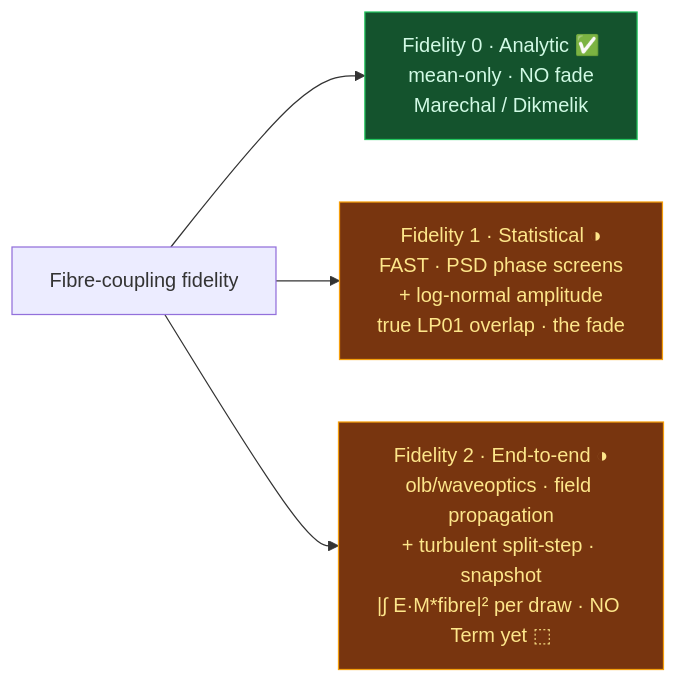
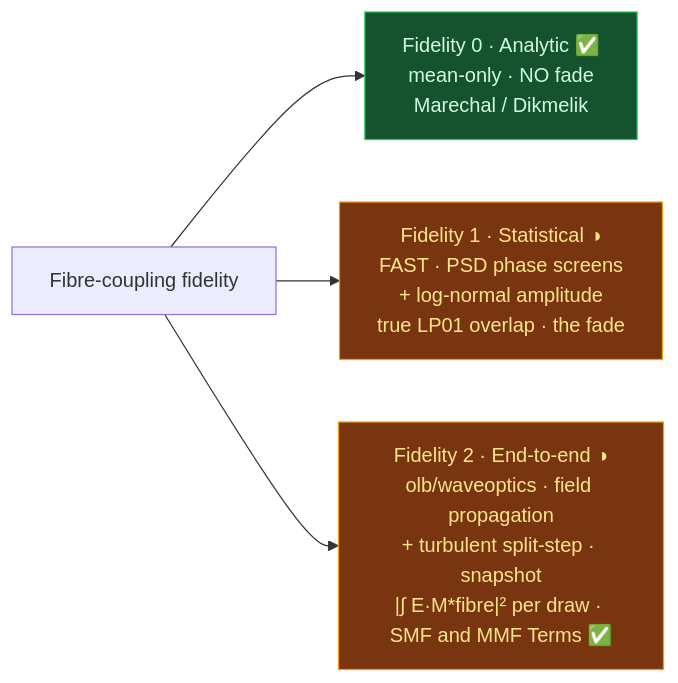
One commit to bigfraw/optical_link_budget changed the third of 4 diagrams in README.md. Above: the diagram before and after it, drawn with Mermaid. The commit also changed other lines of this file and 23 other files, not shown here.

````diff
--- a/README.md
+++ b/README.md
@@ -222,11 +228,11 @@
 ```mermaid
 flowchart LR
   FL["Fibre-coupling fidelity"]
   FL --> F0["Fidelity 0 · Analytic ✅<br/>mean-only · NO fade<br/>Marechal / Dikmelik"]:::done
   FL --> F1["Fidelity 1 · Statistical ◑<br/>FAST · PSD phase screens<br/>+ log-normal amplitude<br/>true LP01 overlap · the fade"]:::partial
-  FL --> F2["Fidelity 2 · End-to-end ◑<br/>olb/waveoptics · field propagation<br/>+ turbulent split-step · snapshot<br/>|∫ E·M*fibre|² per draw · NO Term yet ⬚"]:::partial
+  FL --> F2["Fidelity 2 · End-to-end ◑<br/>olb/waveoptics · field propagation<br/>+ turbulent split-step · snapshot<br/>|∫ E·M*fibre|² per draw · SMF and MMF Terms ✅"]:::partial
 
   classDef done fill:#14532d,color:#d1fae5,stroke:#22c55e;
   classDef partial fill:#78350f,color:#fde68a,stroke:#f59e0b;
   classDef planned fill:#1e293b,color:#cbd5e1,stroke:#64748b,stroke-dasharray:4 3;
 ```
````
